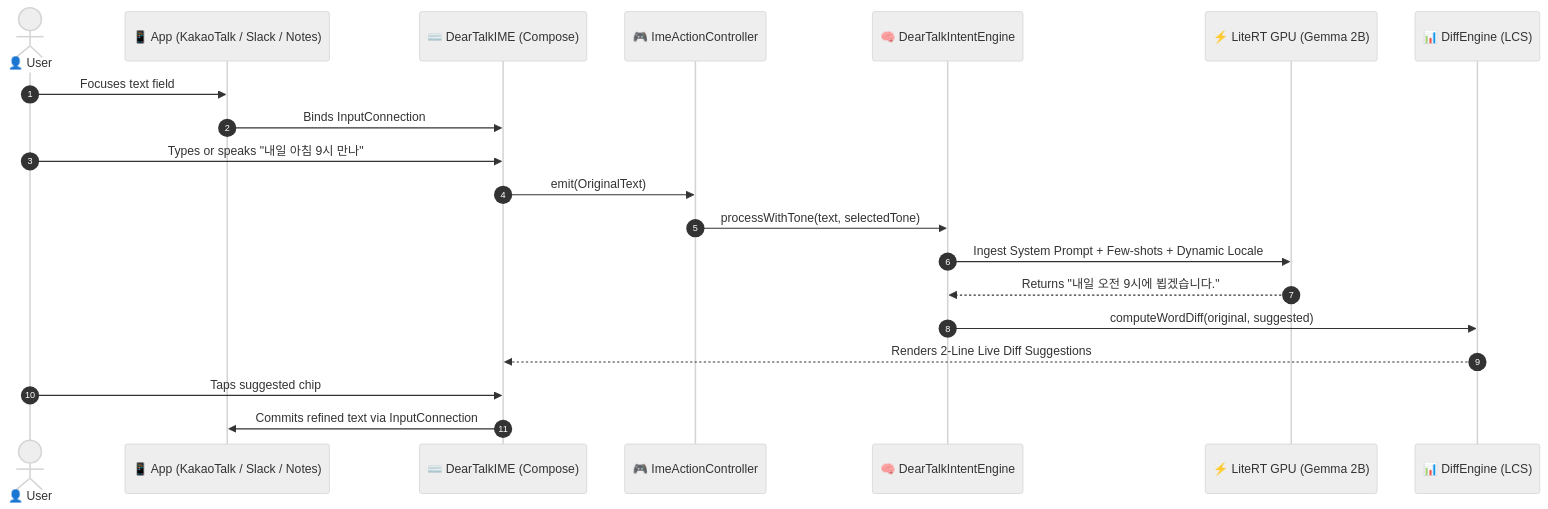
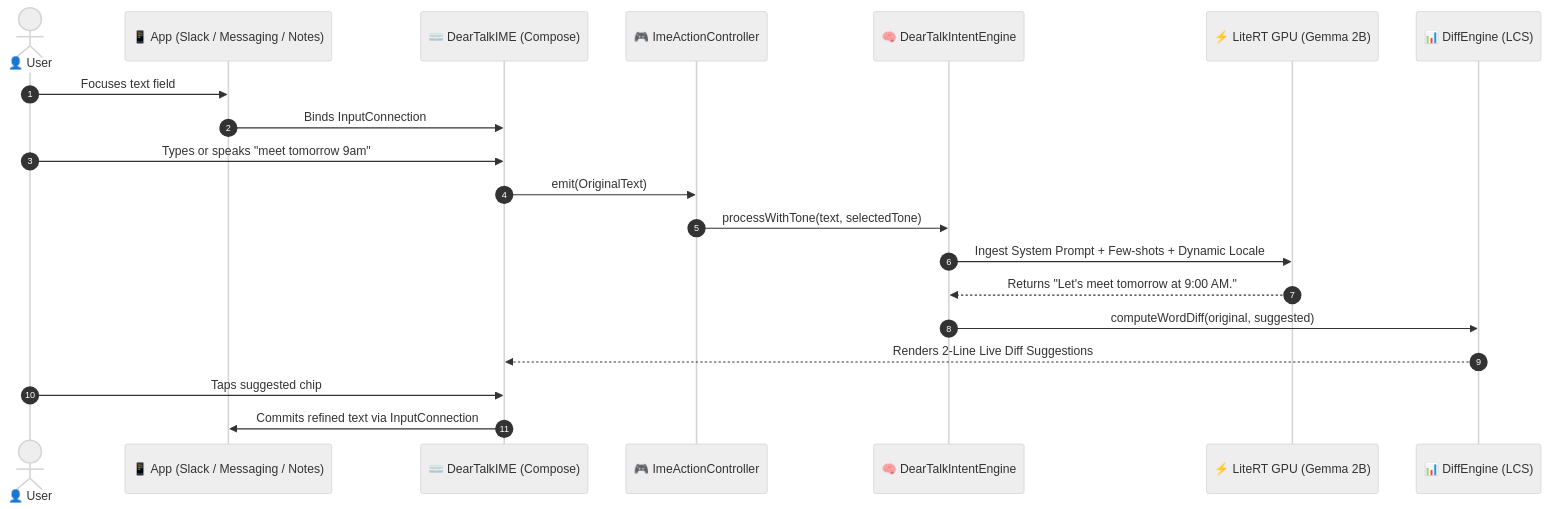
One commit to cobuild-ai/deartalk-ai changed the diagram in README.md. Above: the diagram before and after it, drawn with Mermaid (neutral theme). The commit also changed other lines of this file, not shown here.

Commit message:
docs(readme): standardize Tone Transformation samples and sequence diagram to natural English in master README (sanitized from 7097fa99)

````diff
--- a/README.md
+++ b/README.md
@@ -64,23 +64,23 @@
 ```mermaid
 sequenceDiagram
     autonumber
     actor User as 👤 User
-    participant HostApp as 📱 App (KakaoTalk / Slack / Notes)
+    participant HostApp as 📱 App (Slack / Messaging / Notes)
     participant IME as ⌨️ DearTalkIME (Compose)
     participant Controller as 🎮 ImeActionController
     participant Engine as 🧠 DearTalkIntentEngine
     participant LLM as ⚡ LiteRT GPU (Gemma 2B)
     participant Diff as 📊 DiffEngine (LCS)
 
     User->>HostApp: Focuses text field
     HostApp->>IME: Binds InputConnection
-    User->>IME: Types or speaks "내일 아침 9시 만나"
+    User->>IME: Types or speaks "meet tomorrow 9am"
     IME->>Controller: emit(OriginalText)
     Controller->>Engine: processWithTone(text, selectedTone)
     Engine->>LLM: Ingest System Prompt + Few-shots + Dynamic Locale
-    LLM-->>Engine: Returns "내일 오전 9시에 뵙겠습니다."
+    LLM-->>Engine: Returns "Let's meet tomorrow at 9:00 AM."
     Engine->>Diff: computeWordDiff(original, suggested)
     Diff-->>IME: Renders 2-Line Live Diff Suggestions
     User->>IME: Taps suggested chip
     IME->>HostApp: Commits refined text via InputConnection
 ```
````
